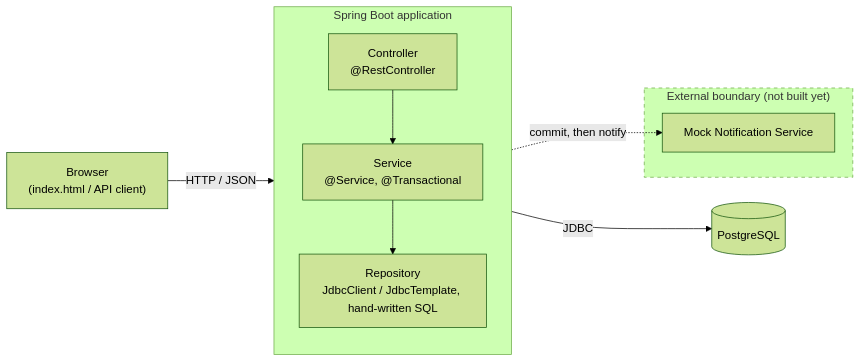
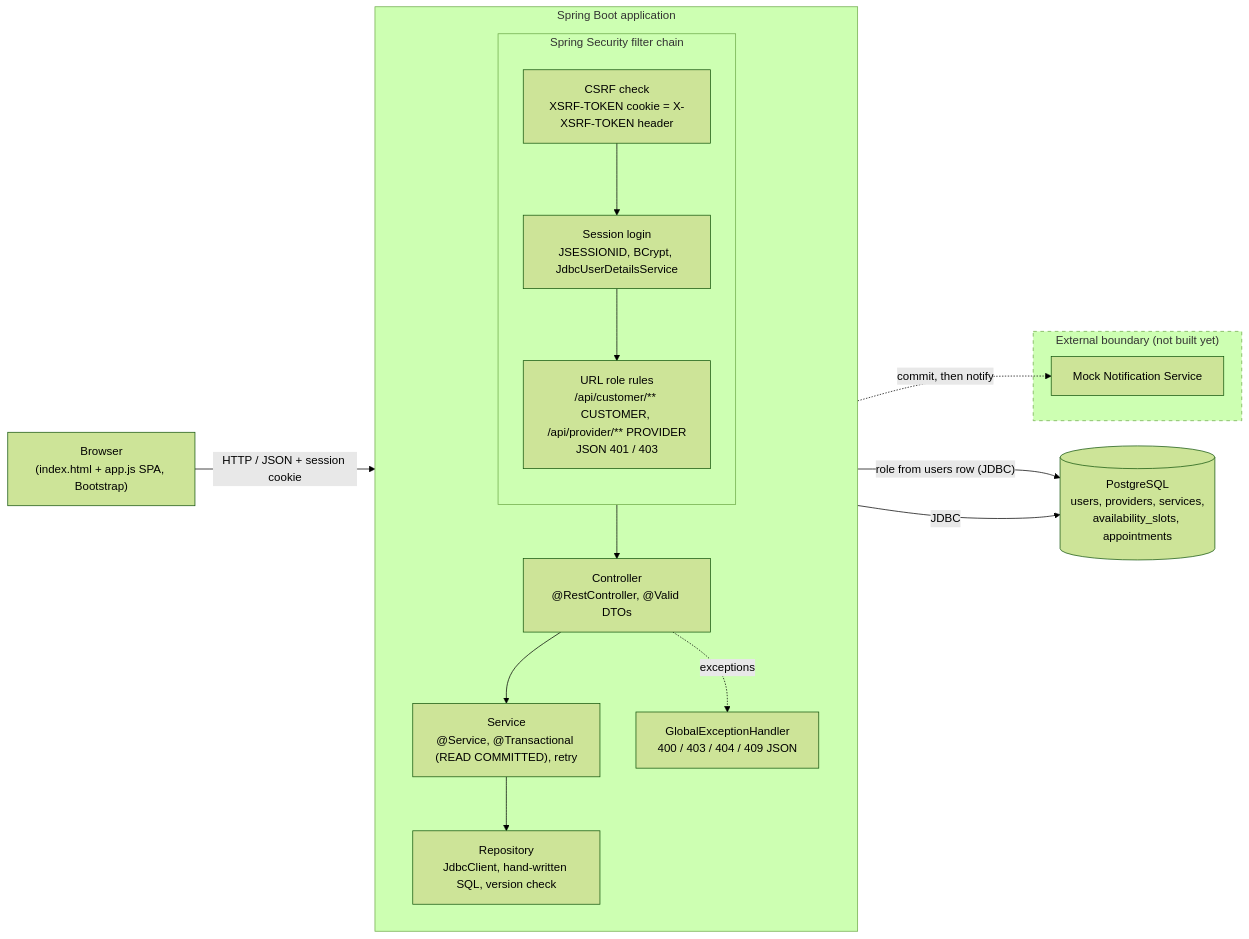
One commit to c-banh-mi/cmpe172-interview-scheduler changed the diagram in docs/block-diagram.mmd. Above: the diagram before and after it, drawn with Mermaid (forest theme). The commit also changed 7 other files, not shown here.

First line of the commit message:
Add Milestone 2 report docs: booking sequence and updated block diagram, test output, snippets

```diff
--- a/docs/block-diagram.mmd
+++ b/docs/block-diagram.mmd
@@ -1,22 +1,32 @@
 flowchart LR
-    browser["Browser<br/>(index.html / API client)"]
+    browser["Browser<br/>(index.html + app.js SPA, Bootstrap)"]
 
     subgraph app["Spring Boot application"]
         direction TB
-        controller["Controller<br/>@RestController"]
-        service["Service<br/>@Service, @Transactional"]
-        repository["Repository<br/>JdbcClient / JdbcTemplate, hand-written SQL"]
-        controller --> service --> repository
+        subgraph security["Spring Security filter chain"]
+            direction TB
+            csrf["CSRF check<br/>XSRF-TOKEN cookie = X-XSRF-TOKEN header"]
+            session["Session login<br/>JSESSIONID, BCrypt, JdbcUserDetailsService"]
+            rbac["URL role rules<br/>/api/customer/** CUSTOMER, /api/provider/** PROVIDER<br/>JSON 401 / 403"]
+            csrf --> session --> rbac
+        end
+        controller["Controller<br/>@RestController, @Valid DTOs"]
+        service["Service<br/>@Service, @Transactional (READ COMMITTED), retry"]
+        repository["Repository<br/>JdbcClient, hand-written SQL, version check"]
+        handler["GlobalExceptionHandler<br/>400 / 403 / 404 / 409 JSON"]
+        rbac --> controller --> service --> repository
+        controller -. "exceptions" .-> handler
     end
 
-    db[("PostgreSQL")]
+    db[("PostgreSQL<br/>users, providers, services,<br/>availability_slots, appointments")]
 
     subgraph external["External boundary (not built yet)"]
         notify["Mock Notification Service"]
     end
 
-    browser -- "HTTP / JSON" --> controller
+    browser -- "HTTP / JSON + session cookie" --> csrf
+    session -- "role from users row (JDBC)" --> db
     repository -- "JDBC" --> db
     service -. "commit, then notify" .-> notify
 
     style external stroke-dasharray: 5 5
```
